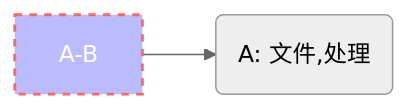
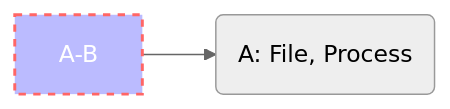
The seventh of 9 diagrams in md2visio/test/graph.md (sleetish/md2visio-gui), drawn with Mermaid (neutral theme) before and after one commit. The commit also changed other lines of this file and 11 other files, not shown here.

````diff
--- a/md2visio/test/graph.md
+++ b/md2visio/test/graph.md
@@ -135,7 +135,7 @@
 ```mermaid
 graph LR
 	classDef className fill:#f9f,stroke:#333,stroke-width:4px;
 	class A className;
 	style A-B fill:#bbf,stroke:#f66,stroke-width:2px,color:#fff,stroke-dasharray: 5 5
-	A-B-->B@{shape: rounded, label: 'A: 文件,处理'}
+	A-B-->B@{shape: rounded, label: 'A: File, Process'}
 ```
````
